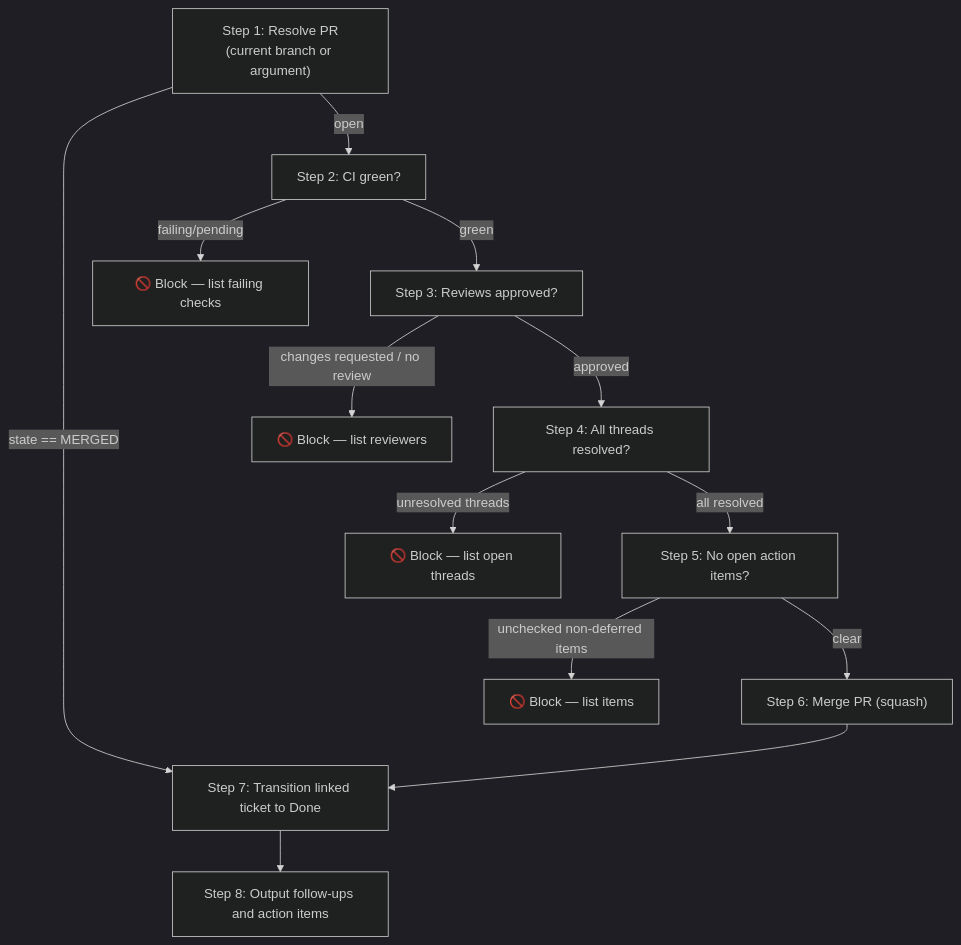
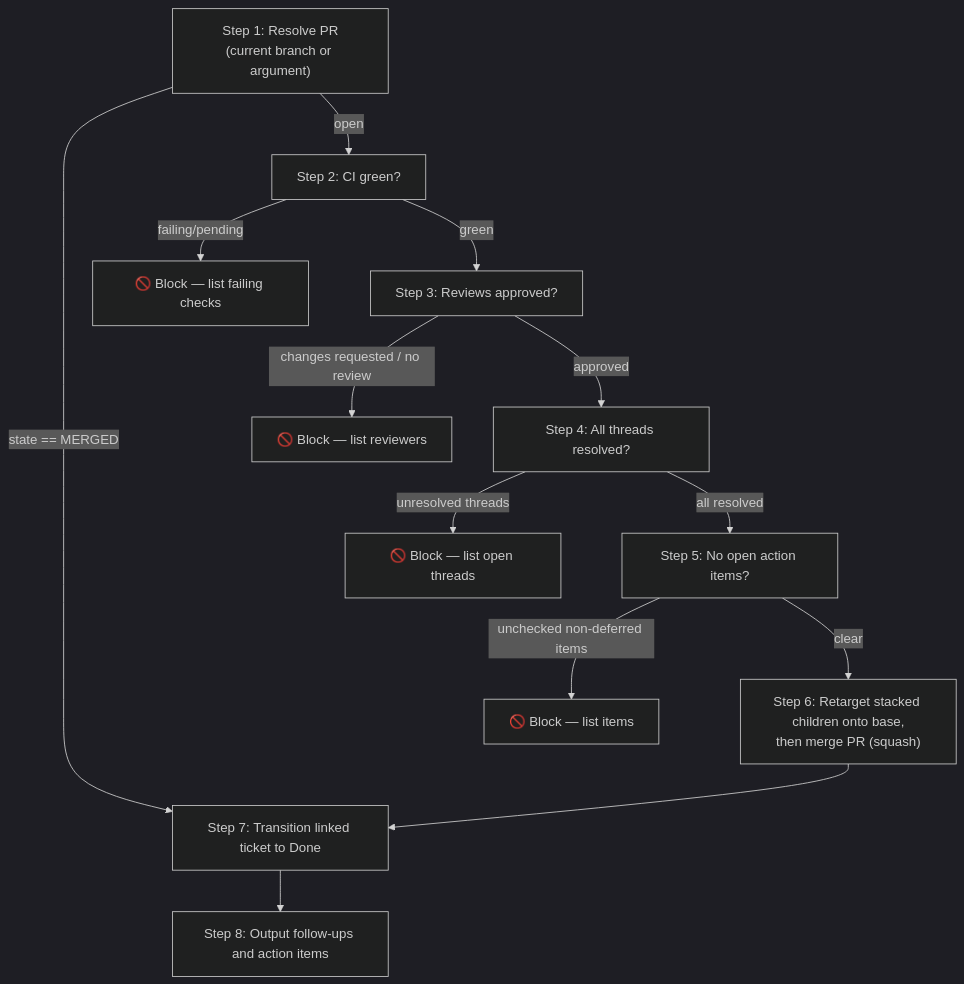
One commit to whizzzkid/skills changed the diagram in skills/pr-merge/README.md. Above: the diagram before and after it, drawn with Mermaid (dark theme). The commit also changed other lines of this file and 2 other files, not shown here.

Commit message:
feat(skills): 🚀 pr-merge retarget stacked children before deleting the parent branch
Step 6 now detects any open PR based on the merging PR's head branch and
retargets each onto the parent's base BEFORE running `gh pr merge --delete-branch`,
re-verifying baseRefName first. GitHub's automatic base-change on parent merge
races with branch deletion and does not complete first, so deleting the head can
close/orphan the stacked child. Adds `{head}` placeholder, updates description +
flow diagram, and a principle reference.

Generated with [wk-skills](https://github.com/whizzzkid/skills) and multiple models.

````diff
--- a/skills/pr-merge/README.md
+++ b/skills/pr-merge/README.md
@@ -18,15 +18,15 @@
 ```mermaid
 flowchart TD
     A["Step 1: Resolve PR<br/>(current branch or argument)"] -->|state == MERGED| G
     A -->|open| B["Step 2: CI green?"]
     B -->|failing/pending| BLOCK1["🚫 Block — list failing checks"]
     B -->|green| C["Step 3: Reviews approved?"]
     C -->|changes requested / no review| BLOCK2["🚫 Block — list reviewers"]
     C -->|approved| D["Step 4: All threads resolved?"]
     D -->|unresolved threads| BLOCK3["🚫 Block — list open threads"]
     D -->|all resolved| E["Step 5: No open action items?"]
     E -->|unchecked non-deferred items| BLOCK4["🚫 Block — list items"]
-    E -->|clear| F["Step 6: Merge PR (squash)"]
+    E -->|clear| F["Step 6: Retarget stacked children onto base,<br/>then merge PR (squash)"]
     F --> G["Step 7: Transition linked ticket to Done"]
     G --> H["Step 8: Output follow-ups and action items"]
 ```
````
